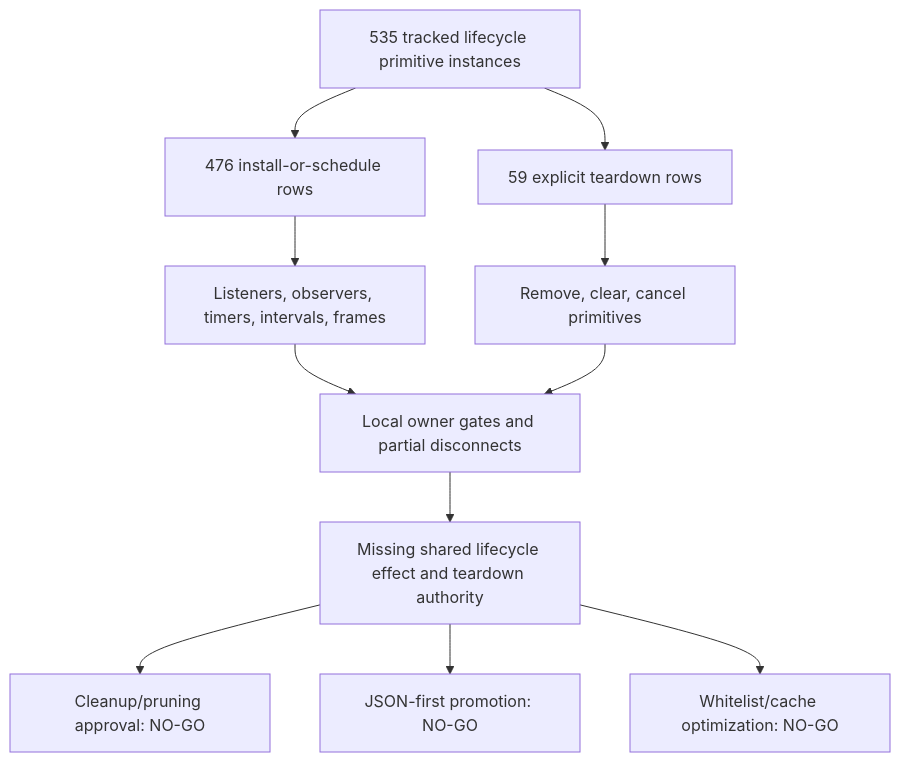
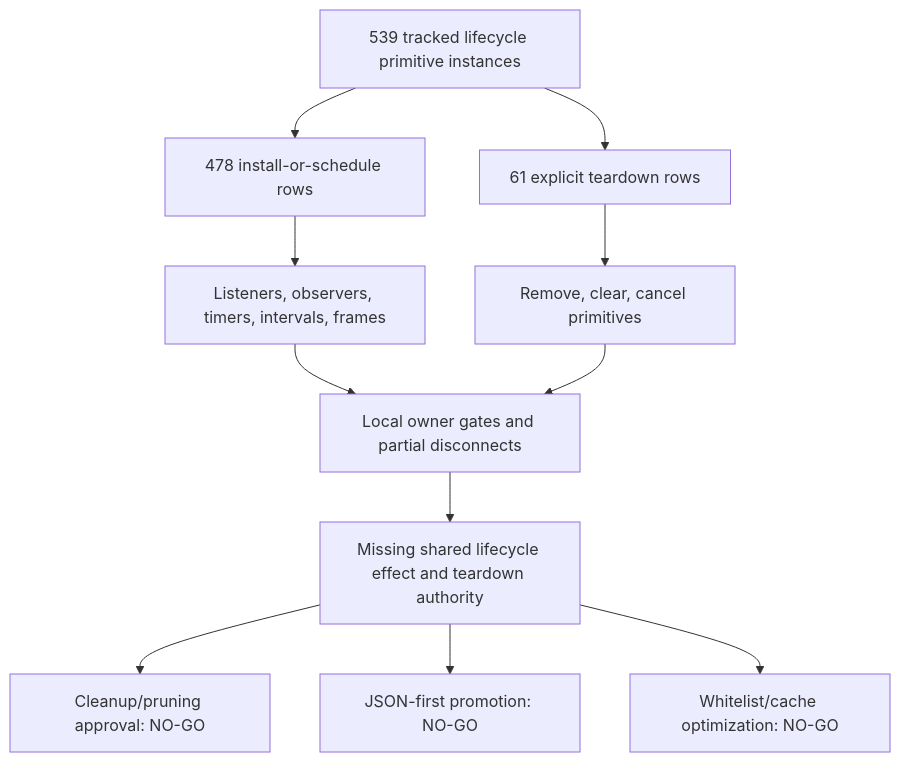
Before and after one commit to varshneydevansh/FilterTube: diagram 47 of 47 in docs/audit/FILTERTUBE_LIFECYCLE_INSTANCE_REGISTER_2026-05-18.md, drawn with Mermaid. The commit also changed other lines of this file and 711 other files, not shown here.

````diff
--- a/docs/audit/FILTERTUBE_LIFECYCLE_INSTANCE_REGISTER_2026-05-18.md
+++ b/docs/audit/FILTERTUBE_LIFECYCLE_INSTANCE_REGISTER_2026-05-18.md
@@ -4368,13 +4368,13 @@
 ```mermaid
 flowchart TD
-  A["535 tracked lifecycle primitive instances"] --> B["476 install-or-schedule rows"]
-  A --> C["59 explicit teardown rows"]
+  A["539 tracked lifecycle primitive instances"] --> B["478 install-or-schedule rows"]
+  A --> C["61 explicit teardown rows"]
   B --> D["Listeners, observers, timers, intervals, frames"]
   C --> E["Remove, clear, cancel primitives"]
   D --> F["Local owner gates and partial disconnects"]
   E --> F
   F --> G["Missing shared lifecycle effect and teardown authority"]
   G --> H["Cleanup/pruning approval: NO-GO"]
   G --> I["JSON-first promotion: NO-GO"]
   G --> J["Whitelist/cache optimization: NO-GO"]
 ```
````
